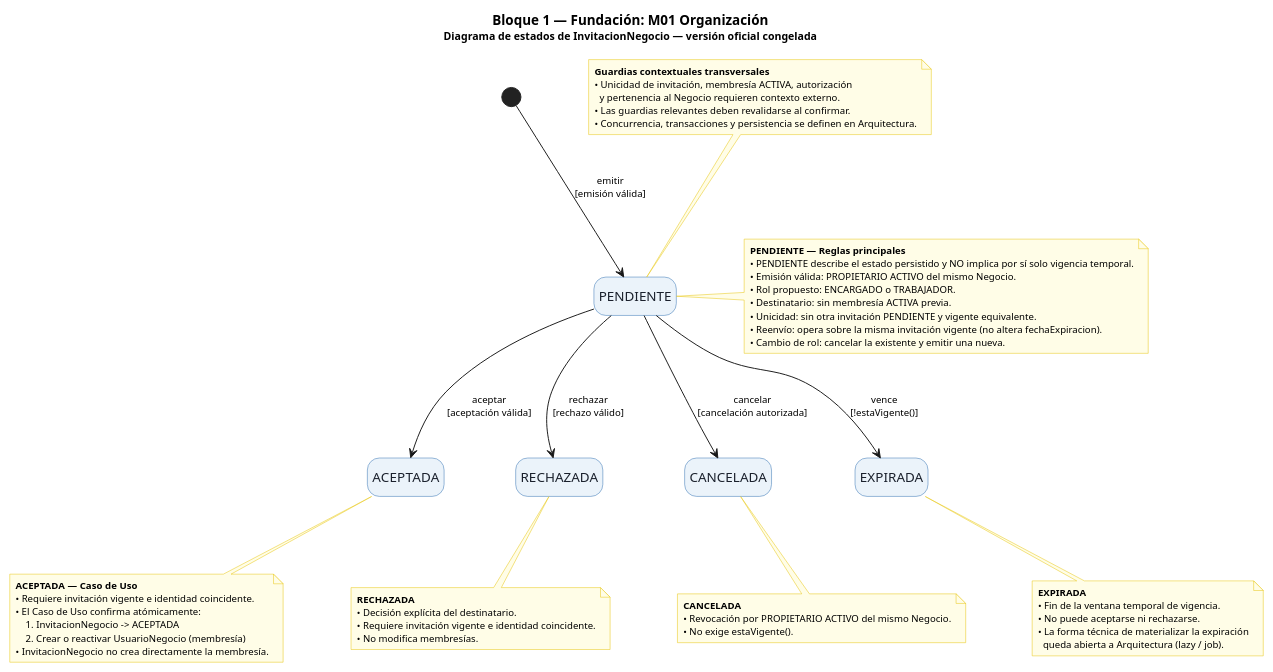
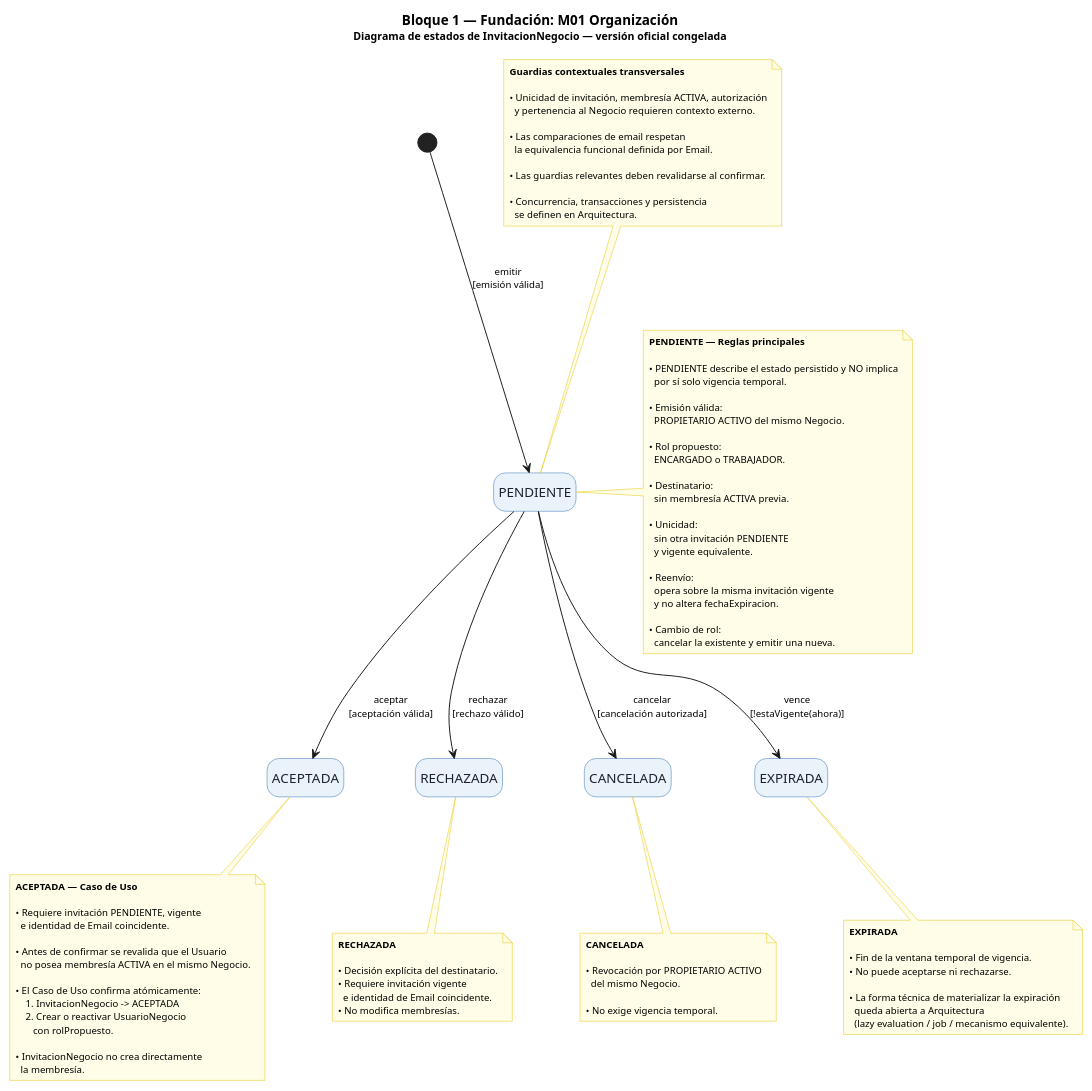
Before and after one commit to Jorge10192/TP-Programacion2-UNSAM-2C2026: the diagram in Proyecto-3-Extendido-Generico/modelo-dominio/bloque-1-fundacion/04-m01-estados-invitacion.puml, drawn with PlantUML.

Commit message:
Refactor invitation states and update notes

```diff
--- a/Proyecto-3-Extendido-Generico/modelo-dominio/bloque-1-fundacion/04-m01-estados-invitacion.puml
+++ b/Proyecto-3-Extendido-Generico/modelo-dominio/bloque-1-fundacion/04-m01-estados-invitacion.puml
@@ -1,113 +1,153 @@
 @startuml
 
 title Bloque 1 — Fundación: M01 Organización\n<size:11>Diagrama de estados de InvitacionNegocio — versión oficial congelada</size>
 
 ' =============================================================================
 ' CONFIGURACIÓN VISUAL Y ESTILOS
 ' =============================================================================
 
 skinparam shadowing false
 skinparam nodesep 70
 skinparam ranksep 80
 skinparam ArrowFontSize 10
 
 skinparam noteFontSize 10
 skinparam noteBackgroundColor #FFFDE7
 skinparam noteBorderColor #E6C200
 
 skinparam state {
     BackgroundColor #EBF3FA
     BorderColor #2B6CB0
     FontColor #1A202C
     StartColor #3182CE
     EndColor #2B6CB0
 }
 
 hide empty description
 
 ' =============================================================================
 ' ESTADOS
 ' =============================================================================
 
 state PENDIENTE
 state ACEPTADA
 state RECHAZADA
 state CANCELADA
 state EXPIRADA
 
 ' =============================================================================
 ' CREACIÓN Y TRANSICIONES DE DOMINIO
 ' =============================================================================
 
 [*] --> PENDIENTE : emitir\n[emisión válida]
 
 PENDIENTE --> ACEPTADA : aceptar\n[aceptación válida]
 
 PENDIENTE --> RECHAZADA : rechazar\n[rechazo válido]
 
 PENDIENTE --> CANCELADA : cancelar\n[cancelación autorizada]
 
-PENDIENTE --> EXPIRADA : vence\n[!estaVigente()]
+PENDIENTE --> EXPIRADA : vence\n[!estaVigente(ahora)]
 
 ' =============================================================================
 ' ALINEACIÓN HORIZONTAL DE ESTADOS TERMINALES (LAYOUT ONLY)
 ' =============================================================================
 
 ACEPTADA -[hidden]right-> RECHAZADA
 RECHAZADA -[hidden]right-> CANCELADA
 CANCELADA -[hidden]right-> EXPIRADA
 
 ' =============================================================================
 ' REGLAS CONTEXTUALES Y NOTAS DE ESTADO
 ' =============================================================================
 
 note top of PENDIENTE
   <b>Guardias contextuales transversales</b>
+
   • Unicidad de invitación, membresía ACTIVA, autorización
     y pertenencia al Negocio requieren contexto externo.
+
+  • Las comparaciones de email respetan
+    la equivalencia funcional definida por Email.
+
   • Las guardias relevantes deben revalidarse al confirmar.
-  • Concurrencia, transacciones y persistencia se definen en Arquitectura.
+
+  • Concurrencia, transacciones y persistencia
+    se definen en Arquitectura.
 end note
 
 note right of PENDIENTE
   <b>PENDIENTE — Reglas principales</b>
-  • PENDIENTE describe el estado persistido y NO implica por sí solo vigencia temporal.
-  • Emisión válida: PROPIETARIO ACTIVO del mismo Negocio.
-  • Rol propuesto: ENCARGADO o TRABAJADOR.
-  • Destinatario: sin membresía ACTIVA previa.
-  • Unicidad: sin otra invitación PENDIENTE y vigente equivalente.
-  • Reenvío: opera sobre la misma invitación vigente (no altera fechaExpiracion).
-  • Cambio de rol: cancelar la existente y emitir una nueva.
+
+  • PENDIENTE describe el estado persistido y NO implica
+    por sí solo vigencia temporal.
+
+  • Emisión válida:
+    PROPIETARIO ACTIVO del mismo Negocio.
+
+  • Rol propuesto:
+    ENCARGADO o TRABAJADOR.
+
+  • Destinatario:
+    sin membresía ACTIVA previa.
+
+  • Unicidad:
+    sin otra invitación PENDIENTE
+    y vigente equivalente.
+
+  • Reenvío:
+    opera sobre la misma invitación vigente
+    y no altera fechaExpiracion.
+
+  • Cambio de rol:
+    cancelar la existente y emitir una nueva.
 end note
 
 note bottom of ACEPTADA
   <b>ACEPTADA — Caso de Uso</b>
-  • Requiere invitación vigente e identidad coincidente.
+
+  • Requiere invitación PENDIENTE, vigente
+    e identidad de Email coincidente.
+
+  • Antes de confirmar se revalida que el Usuario
+    no posea membresía ACTIVA en el mismo Negocio.
+
   • El Caso de Uso confirma atómicamente:
       1. InvitacionNegocio -> ACEPTADA
-      2. Crear o reactivar UsuarioNegocio (membresía)
-  • InvitacionNegocio no crea directamente la membresía.
+      2. Crear o reactivar UsuarioNegocio
+         con rolPropuesto.
+
+  • InvitacionNegocio no crea directamente
+    la membresía.
 end note
 
 note bottom of RECHAZADA
   <b>RECHAZADA</b>
+
   • Decisión explícita del destinatario.
-  • Requiere invitación vigente e identidad coincidente.
+  • Requiere invitación vigente
+    e identidad de Email coincidente.
   • No modifica membresías.
 end note
 
 note bottom of CANCELADA
   <b>CANCELADA</b>
-  • Revocación por PROPIETARIO ACTIVO del mismo Negocio.
-  • No exige estaVigente().
+
+  • Revocación por PROPIETARIO ACTIVO
+    del mismo Negocio.
+
+  • No exige vigencia temporal.
 end note
 
 note bottom of EXPIRADA
   <b>EXPIRADA</b>
+
   • Fin de la ventana temporal de vigencia.
   • No puede aceptarse ni rechazarse.
+
   • La forma técnica de materializar la expiración
-    queda abierta a Arquitectura (lazy / job).
+    queda abierta a Arquitectura
+    (lazy evaluation / job / mecanismo equivalente).
 end note
 
 @enduml
```
